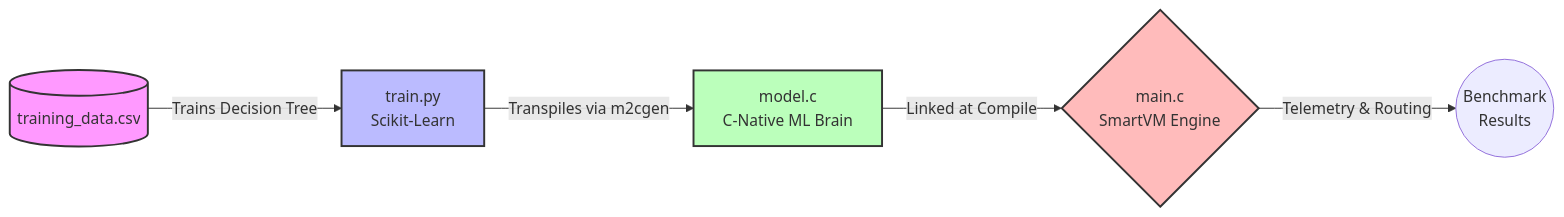
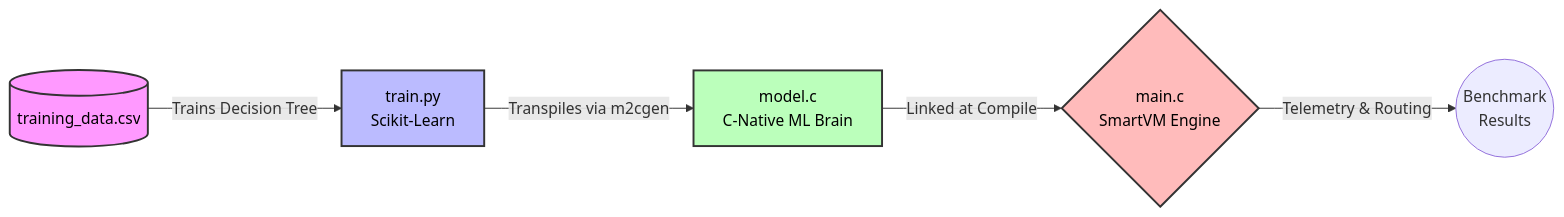
Before and after one commit to Aarxn-Jibz/VmScheduling: the diagram in README.md, drawn with Mermaid.

Commit message:
try to improve image gen

````diff
--- a/README.md
+++ b/README.md
@@ -1,12 +1,15 @@
 ```mermaid
 flowchart LR
+    %% All nodes have dark text (#000) for high contrast on light shapes
+    
     A[(training_data.csv)] -->|Trains Decision Tree| B["train.py<br>Scikit-Learn"]
     B -->|Transpiles via m2cgen| C["model.c<br>C-Native ML Brain"]
     C -->|Linked at Compile| D{"main.c<br>SmartVM Engine"}
     D -->|Telemetry & Routing| E(("Benchmark<br>Results"))
     
-    style A fill:#f9f,stroke:#333,stroke-width:2px
-    style B fill:#bbf,stroke:#333,stroke-width:2px
-    style C fill:#bfb,stroke:#333,stroke-width:2px
-    style D fill:#fbb,stroke:#333,stroke-width:2px
+    %% Colors are the same light pastels, but with black text explicitly added.
+    style A fill:#f9f,color:#000,stroke:#333,stroke-width:2px;
+    style B fill:#bbf,color:#000,stroke:#333,stroke-width:2px;
+    style C fill:#bfb,color:#000,stroke:#333,stroke-width:2px;
+    style D fill:#fbb,color:#000,stroke:#333,stroke-width:2px;
 ```
````
